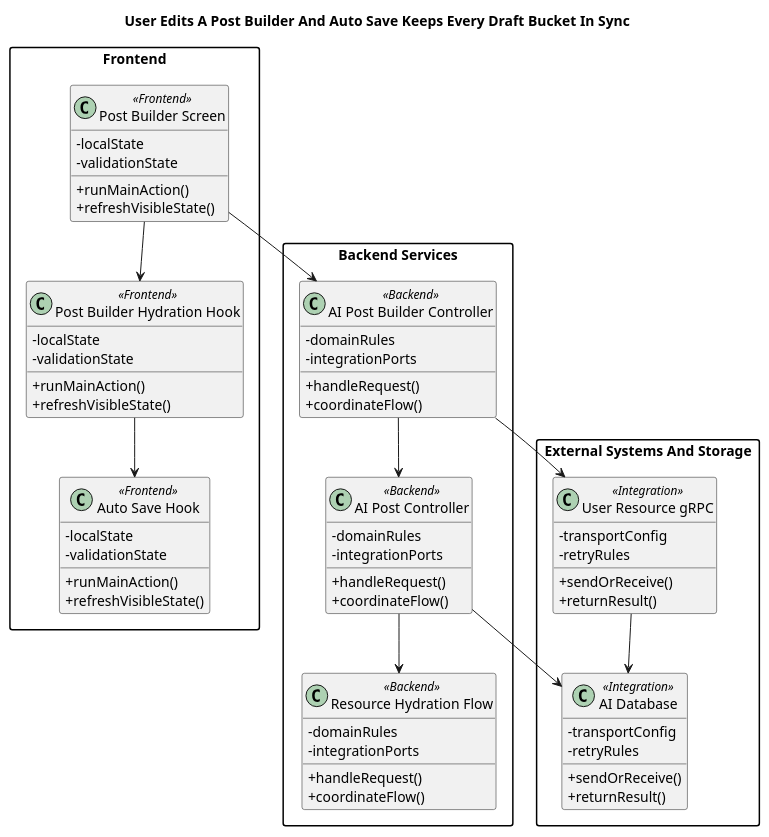
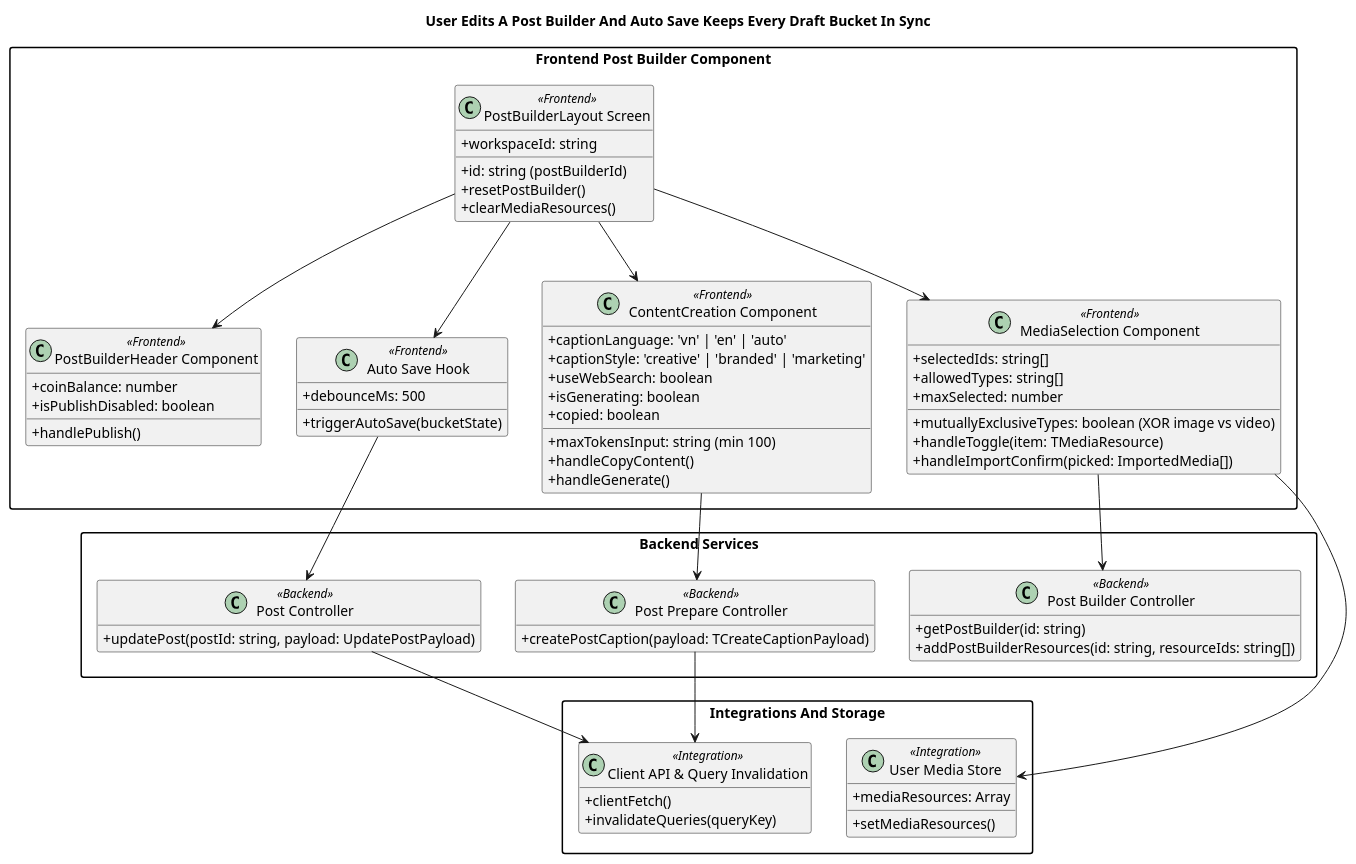
Before and after one commit to VKev/MeAI-BE: the first of 2 diagrams in plantuml/features/meai-user-edits-a-post-builder-with-auto-save.puml, drawn with PlantUML. The commit also changed other lines of this file and 8 other files, not shown here.

```diff
--- a/plantuml/features/meai-user-edits-a-post-builder-with-auto-save.puml
+++ b/plantuml/features/meai-user-edits-a-post-builder-with-auto-save.puml
@@ -1,69 +1,78 @@
 @startuml
 title User Edits A Post Builder And Auto Save Keeps Every Draft Bucket In Sync
 skinparam shadowing false
 skinparam classAttributeIconSize 0
 skinparam packageStyle rectangle
 hide empty members
-package "Frontend" {
-class "Post Builder Screen" as FE1 <<Frontend>> {
-  +runMainAction()
-  +refreshVisibleState()
-  -localState
-  -validationState
+
+package "Frontend Post Builder Component" {
+class "PostBuilderLayout Screen" as FE1 <<Frontend>> {
+  +id: string (postBuilderId)
+  +workspaceId: string
+  +resetPostBuilder()
+  +clearMediaResources()
 }
-class "Post Builder Hydration Hook" as FE2 <<Frontend>> {
-  +runMainAction()
-  +refreshVisibleState()
-  -localState
-  -validationState
+class "PostBuilderHeader Component" as FE2 <<Frontend>> {
+  +coinBalance: number
+  +isPublishDisabled: boolean
+  +handlePublish()
 }
-class "Auto Save Hook" as FE3 <<Frontend>> {
-  +runMainAction()
-  +refreshVisibleState()
-  -localState
-  -validationState
+class "ContentCreation Component" as FE3 <<Frontend>> {
+  +captionLanguage: 'vn' | 'en' | 'auto'
+  +captionStyle: 'creative' | 'branded' | 'marketing'
+  +maxTokensInput: string (min 100)
+  +useWebSearch: boolean
+  +isGenerating: boolean
+  +copied: boolean
+  +handleCopyContent()
+  +handleGenerate()
+}
+class "MediaSelection Component" as FE4 <<Frontend>> {
+  +selectedIds: string[]
+  +allowedTypes: string[]
+  +maxSelected: number
+  +mutuallyExclusiveTypes: boolean (XOR image vs video)
+  +handleToggle(item: TMediaResource)
+  +handleImportConfirm(picked: ImportedMedia[])
+}
+class "Auto Save Hook" as FE5 <<Frontend>> {
+  +debounceMs: 500
+  +triggerAutoSave(bucketState)
 }
 }
+
 package "Backend Services" {
-class "AI Post Builder Controller" as BE1 <<Backend>> {
-  +handleRequest()
-  +coordinateFlow()
-  -domainRules
-  -integrationPorts
+class "Post Builder Controller" as BE1 <<Backend>> {
+  +getPostBuilder(id: string)
+  +addPostBuilderResources(id: string, resourceIds: string[])
 }
-class "AI Post Controller" as BE2 <<Backend>> {
-  +handleRequest()
-  +coordinateFlow()
-  -domainRules
-  -integrationPorts
+class "Post Prepare Controller" as BE2 <<Backend>> {
+  +createPostCaption(payload: TCreateCaptionPayload)
 }
-class "Resource Hydration Flow" as BE3 <<Backend>> {
-  +handleRequest()
-  +coordinateFlow()
-  -domainRules
-  -integrationPorts
+class "Post Controller" as BE3 <<Backend>> {
+  +updatePost(postId: string, payload: UpdatePostPayload)
 }
 }
-package "External Systems And Storage" {
-class "User Resource gRPC" as INT1 <<Integration>> {
-  +sendOrReceive()
-  +returnResult()
-  -transportConfig
-  -retryRules
+
+package "Integrations And Storage" {
+class "User Media Store" as INT1 <<Integration>> {
+  +mediaResources: Array
+  +setMediaResources()
 }
-class "AI Database" as INT2 <<Integration>> {
-  +sendOrReceive()
-  +returnResult()
-  -transportConfig
-  -retryRules
+class "Client API & Query Invalidation" as INT2 <<Integration>> {
+  +clientFetch()
+  +invalidateQueries(queryKey)
 }
 }
+
 FE1 --> FE2
-FE2 --> FE3
-FE1 --> BE1
-BE1 --> BE2
-BE2 --> BE3
-BE1 --> INT1
+FE1 --> FE3
+FE1 --> FE4
+FE1 --> FE5
+FE3 --> BE2
+FE4 --> BE1
+FE4 --> INT1
+FE5 --> BE3
 BE2 --> INT2
-INT1 --> INT2
+BE3 --> INT2
 @enduml
```
